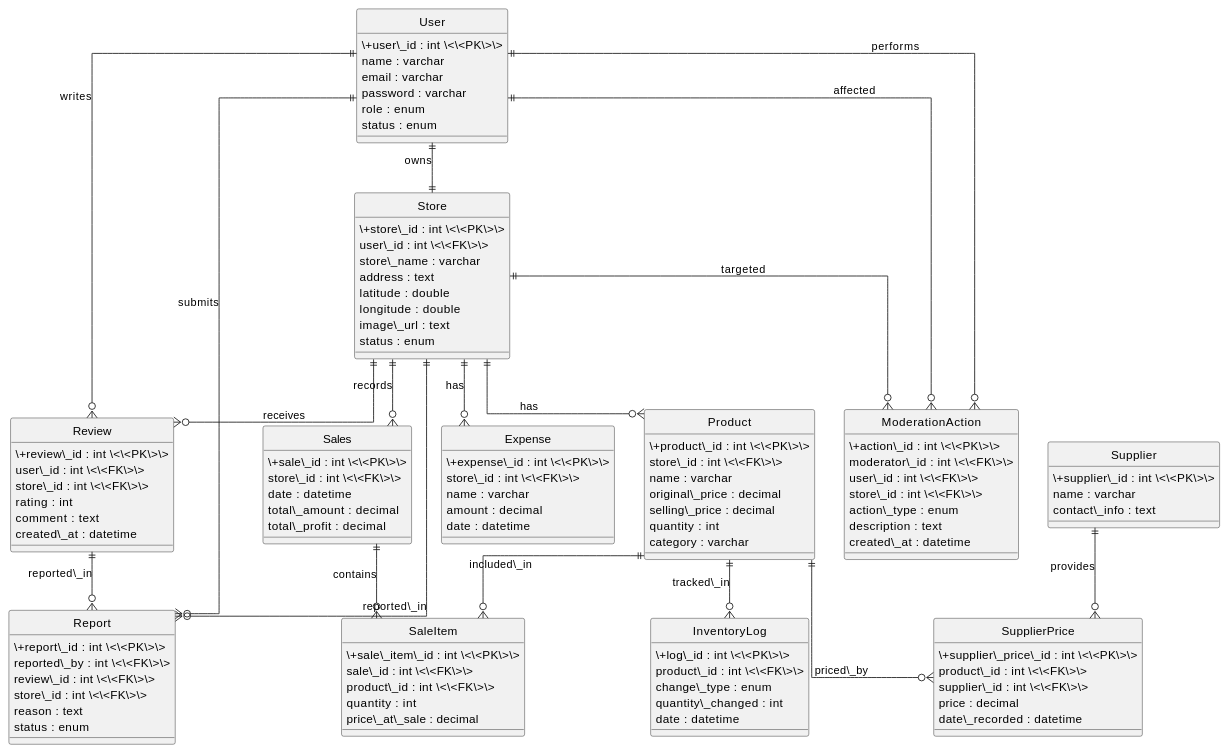
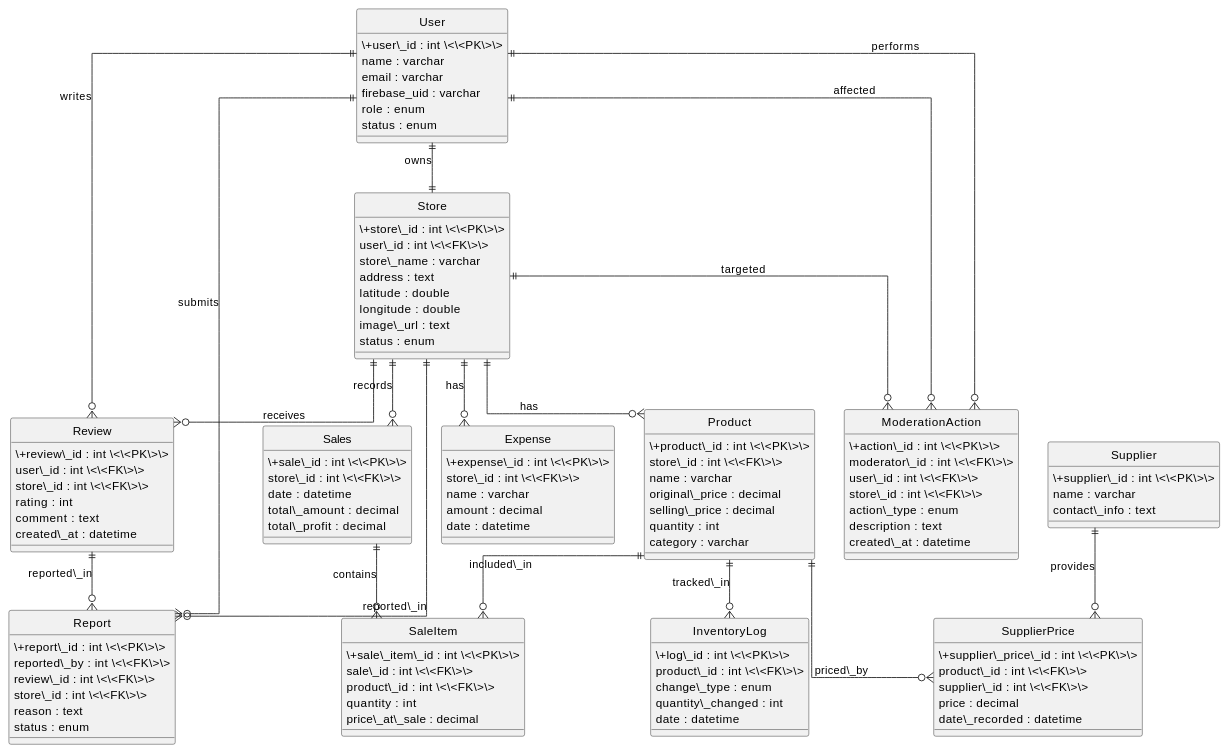
The diagram in mobile/docs/ERD.md (karl2522/ManindahAI), drawn with PlantUML before and after one commit. The commit also changed 14 other files, not shown here.

```diff
--- a/mobile/docs/ERD.md
+++ b/mobile/docs/ERD.md
@@ -34,7 +34,7 @@
   \+user\_id : int \<\<PK\>\>  
   name : varchar  
   email : varchar  
-  password : varchar  
+  firebase_uid : varchar  
   role : enum  
   status : enum  
 }
```
